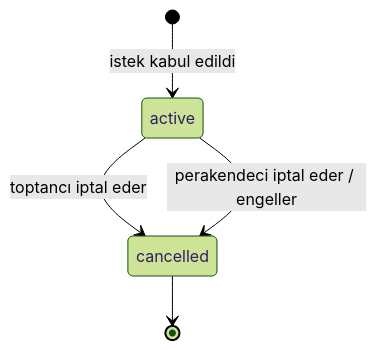
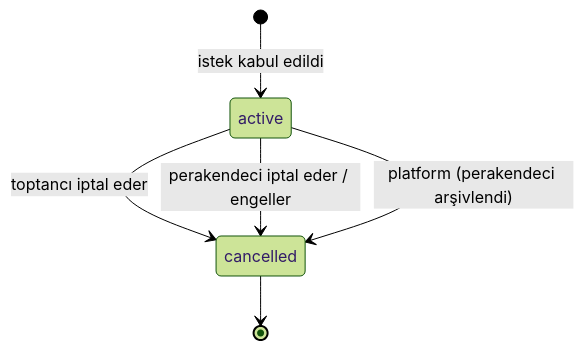
The second of 12 diagrams in docs/03-architecture/state-machines.md (MIRALIKAZIMLI/b2b-platform), drawn with Mermaid (forest theme) before and after one commit. The commit also changed other lines of this file and 56 other files, not shown here.

````diff
--- a/docs/03-architecture/state-machines.md
+++ b/docs/03-architecture/state-machines.md
@@ -35,7 +35,8 @@
 ```mermaid
 stateDiagram-v2
     [*] --> active: istek kabul edildi
     active --> cancelled: toptancı iptal eder
     active --> cancelled: perakendeci iptal eder / engeller
+    active --> cancelled: platform (perakendeci arşivlendi)
     cancelled --> [*]
 ```
````
